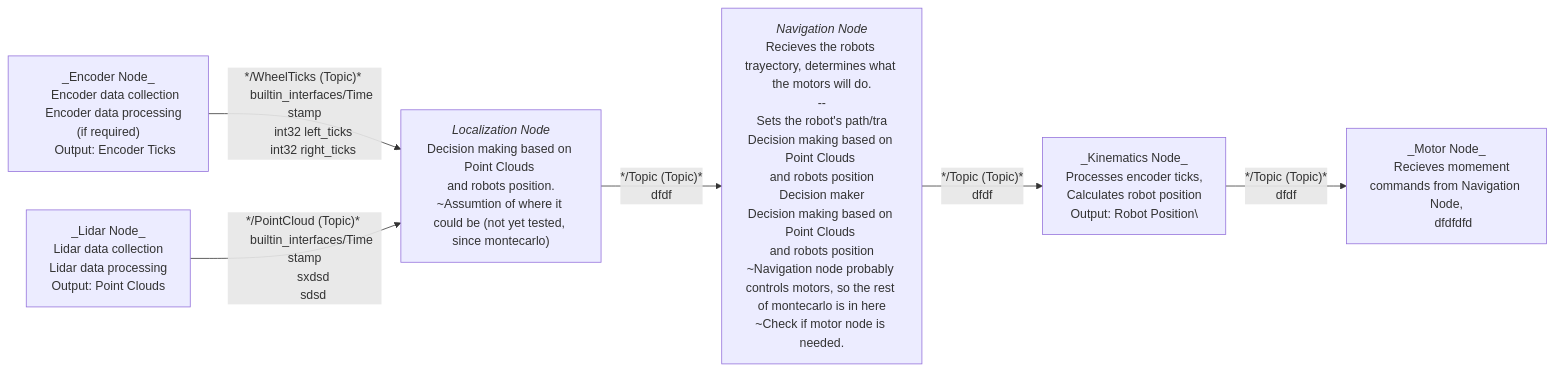
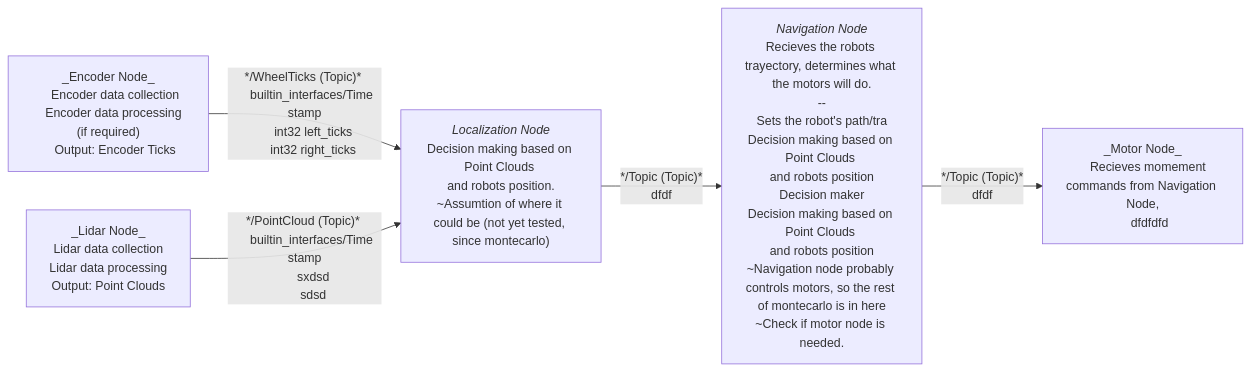
Before and after one commit to Nectar-A-Gonzalez/ROS2_Autonomous_Navigation_Robot_Project: the diagram in Assets (For README)/LOL flowchart LR.mmd, drawn with Mermaid.

Commit message:
DELETE kinematics node from graph

```diff
--- a/Assets (For README)/LOL flowchart LR.mmd
+++ b/Assets (For README)/LOL flowchart LR.mmd
@@ -1,65 +1,56 @@
 flowchart LR
-    KinematicsNode["_Kinematics Node_
-    Processes encoder ticks,
-    Calculates robot position
-    Output: Robot Position\
-    "]
-
     LidarNode["_Lidar Node_
     Lidar data collection
     Lidar data processing
     Output: Point Clouds
    "]
 
     EncoderNode["_Encoder Node_
     Encoder data collection
     Encoder data processing (if required)
     Output: Encoder Ticks
    "]
 
 
     NavigationNode["`_Navigation Node_
     Recieves the robots trayectory, determines what the motors will do.
     --
     Sets the robot's path/tra
     Decision making based on Point Clouds 
     and robots position
     Decision maker
     Decision making based on Point Clouds 
     and robots position
     ~Navigation node probably controls motors, so the rest of montecarlo is in here
     ~Check if motor node is needed.
     `"]
 
     LocalizationNode["`_Localization Node_
     Decision making based on Point Clouds 
     and robots position.
     ~Assumtion of where it could be (not yet tested, since montecarlo)
     `"]
 
     MotorNode["_Motor Node_
     Recieves momement commands from Navigation Node,
     dfdfdfd
     "]
 
 
 
     EncoderNode -->|"*/WheelTicks (Topic)* 
      builtin_interfaces/Time stamp
      int32 left_ticks
      int32 right_ticks "| LocalizationNode
     
     LidarNode -->|"*/PointCloud (Topic)* 
      builtin_interfaces/Time stamp
      sxdsd
      sdsd
       "| LocalizationNode
 
     LocalizationNode -->|"*/Topic (Topic)* 
      dfdf "| NavigationNode
 
     NavigationNode -->|"*/Topic (Topic)*
-    dfdf "| KinematicsNode
-
-    KinematicsNode -->|"*/Topic (Topic)* 
-     dfdf "| MotorNode    
+    dfdf "| MotorNode
```
